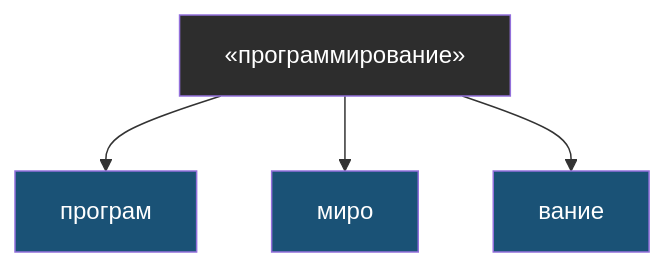
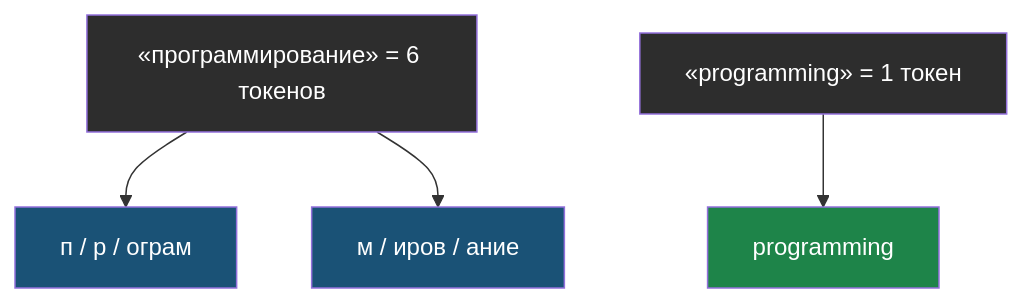
The sixth of 6 diagrams in docs/books/01-llm-osnovy/glossary.md (iRoboTron/ai-engineering-school), drawn with Mermaid before and after one commit. The commit also changed other lines of this file and 28 other files, not shown here.

````diff
--- a/docs/books/01-llm-osnovy/glossary.md
+++ b/docs/books/01-llm-osnovy/glossary.md
@@ -108,10 +120,11 @@
 ```mermaid
 flowchart TD
-    A["«программирование»"] --> B["програм"]
-    A --> C["миро"]
-    A --> D["вание"]
+    A["«программирование» = 6 токенов"] --> B["п / р / ограм"]
+    A --> C["м / иров / ание"]
+    D["«programming» = 1 токен"] --> E["programming"]
     style A fill:#2d2d2d,color:#fff
     style B fill:#1a5276,color:#fff
     style C fill:#1a5276,color:#fff
-    style D fill:#1a5276,color:#fff
+    style D fill:#2d2d2d,color:#fff
+    style E fill:#1e8449,color:#fff
 ```
````
